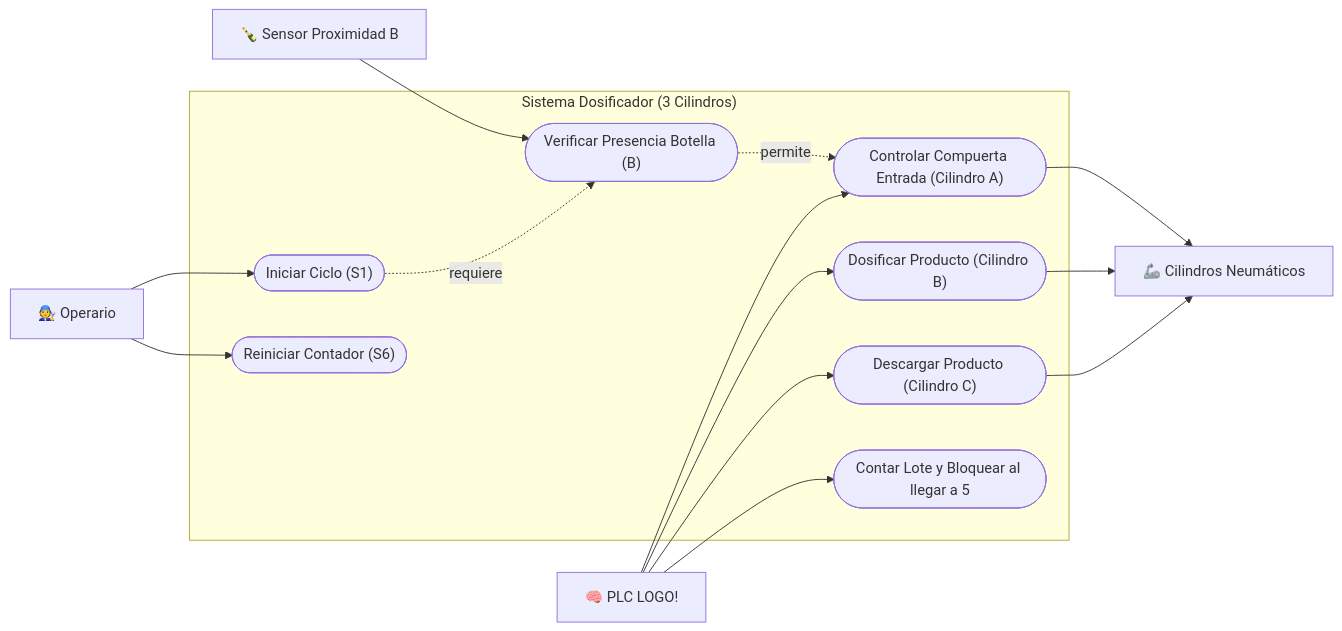
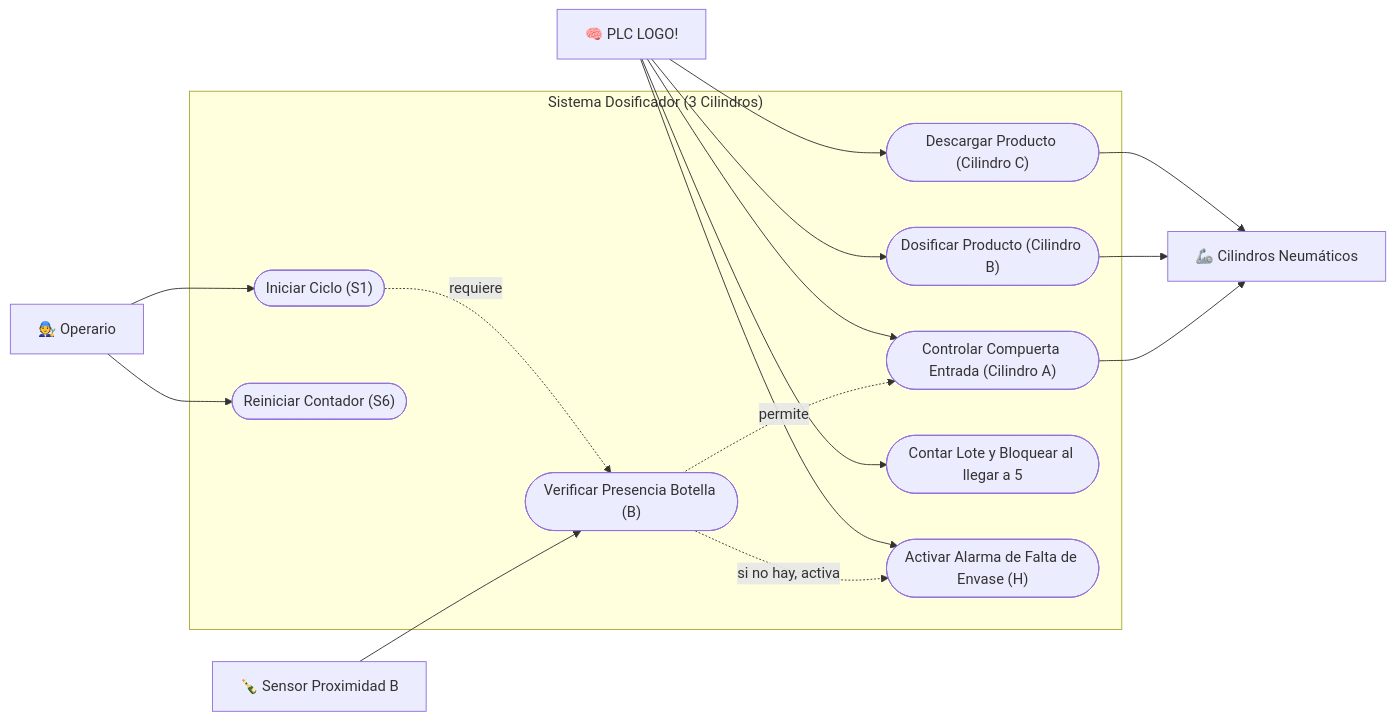
Before and after one commit to HanYue2000/Dosificadora: the second of 2 diagrams in Documentacion.md, drawn with Mermaid. The commit also changed other lines of this file, not shown here.

````diff
--- a/Documentacion.md
+++ b/Documentacion.md
@@ -83,34 +85,37 @@
 ```mermaid
 flowchart LR
     %% Actors
     Operario["🧑‍🔧 Operario"]
     PLC["🧠 PLC LOGO!"]
     Actuadores["🦾 Cilindros Neumáticos"]
     SensorBotella["🍾 Sensor Proximidad B"]
     
     subgraph Sistema ["Sistema Dosificador (3 Cilindros)"]
         UC1(["Iniciar Ciclo (S1)"])
         UC2(["Verificar Presencia Botella (B)"])
         UC3(["Controlar Compuerta Entrada (Cilindro A)"])
         UC4(["Dosificar Producto (Cilindro B)"])
         UC5(["Descargar Producto (Cilindro C)"])
         UC6(["Contar Lote y Bloquear al llegar a 5"])
         UC7(["Reiniciar Contador (S6)"])
+        UC8(["Activar Alarma de Falta de Envase (H)"])
     end
     
     %% Relationships
     Operario --> UC1
     Operario --> UC7
     SensorBotella --> UC2
     
     UC1 -.->|requiere| UC2
     UC2 -.->|permite| UC3
+    UC2 -.->|si no hay, activa| UC8
     UC3 --> Actuadores
     UC4 --> Actuadores
     UC5 --> Actuadores
     
     PLC --> UC3
     PLC --> UC4
     PLC --> UC5
     PLC --> UC6
+    PLC --> UC8
 ```
````
